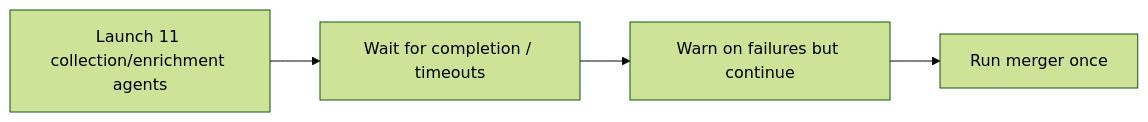
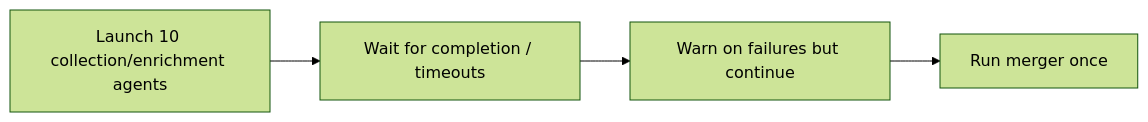
One commit to kobyal/ai-news-briefing changed diagram 14 of 14 in README.md. Above: the diagram before and after it, drawn with Mermaid (forest theme). The commit also changed other lines of this file and 171 other files, not shown here.

````diff
--- a/README.md
+++ b/README.md
@@ -503,6 +458,6 @@
 ```mermaid
 flowchart LR
-    A["Launch 11 collection/enrichment agents"] --> B["Wait for completion / timeouts"]
+    A["Launch 10 collection/enrichment agents"] --> B["Wait for completion / timeouts"]
     B --> C["Warn on failures but continue"]
     C --> D["Run merger once"]
 ```
````
